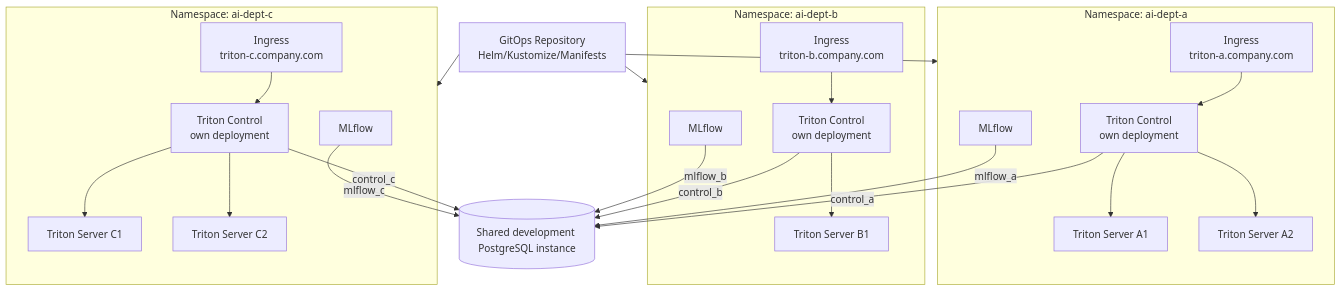
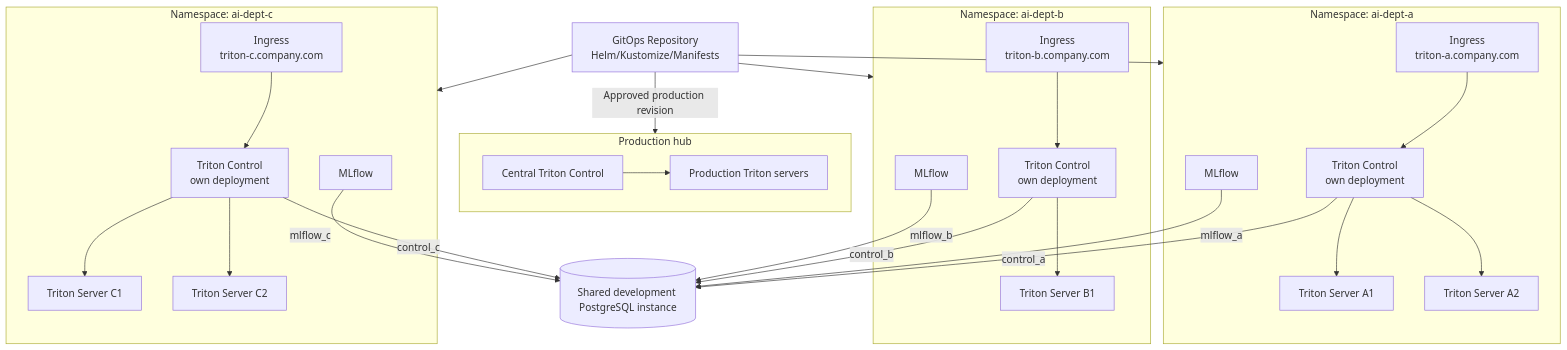
Before and after one commit to ai-lab-tech/triton-control: the diagram in docs/deployment.md, drawn with Mermaid. The commit also changed other lines of this file and 21 other files, not shown here.

````diff
--- a/docs/deployment.md
+++ b/docs/deployment.md
@@ -485,50 +489,56 @@
 ```mermaid
 flowchart TB
     GitOps[GitOps Repository<br/>Helm/Kustomize/Manifests]
 
     GitOps --> DeptA
     GitOps --> DeptB
     GitOps --> DeptC
+    GitOps -->|Approved production revision| Prod
+    subgraph Prod["Production hub"]
+        TC_P[Central Triton Control]
+        TR_P[Production Triton servers]
+        TC_P --> TR_P
+    end
 
     subgraph DeptA["Namespace: ai-dept-a"]
         TC_A[Triton Control<br/>own deployment]
         ML_A[MLflow]
         ING_A[Ingress<br/>triton-a.company.com]
         TR_A1[Triton Server A1]
         TR_A2[Triton Server A2]
 
         ING_A --> TC_A
         TC_A --> TR_A1
         TC_A --> TR_A2
     end
 
     subgraph DeptB["Namespace: ai-dept-b"]
         TC_B[Triton Control<br/>own deployment]
         ML_B[MLflow]
         ING_B[Ingress<br/>triton-b.company.com]
         TR_B1[Triton Server B1]
 
         ING_B --> TC_B
         TC_B --> TR_B1
     end
 
     subgraph DeptC["Namespace: ai-dept-c"]
         TC_C[Triton Control<br/>own deployment]
         ML_C[MLflow]
         ING_C[Ingress<br/>triton-c.company.com]
         TR_C1[Triton Server C1]
         TR_C2[Triton Server C2]
 
         ING_C --> TC_C
         TC_C --> TR_C1
         TC_C --> TR_C2
     end
 
     PG[(Shared development PostgreSQL instance)]
     TC_A -->|control_a| PG
     ML_A -->|mlflow_a| PG
     TC_B -->|control_b| PG
     ML_B -->|mlflow_b| PG
     TC_C -->|control_c| PG
     ML_C -->|mlflow_c| PG
 ```
````
